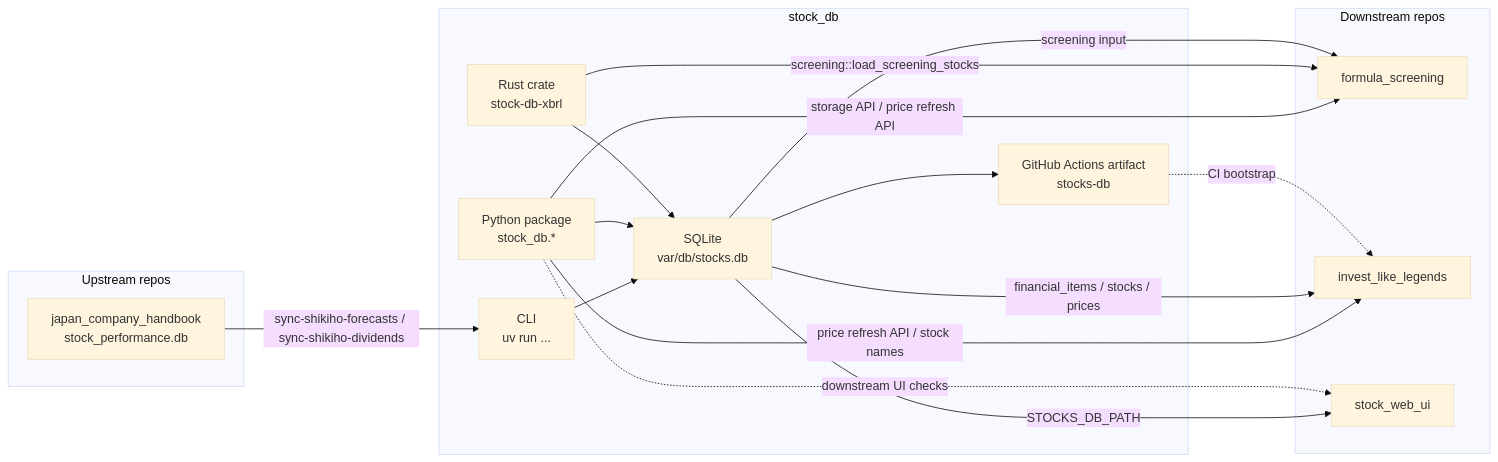
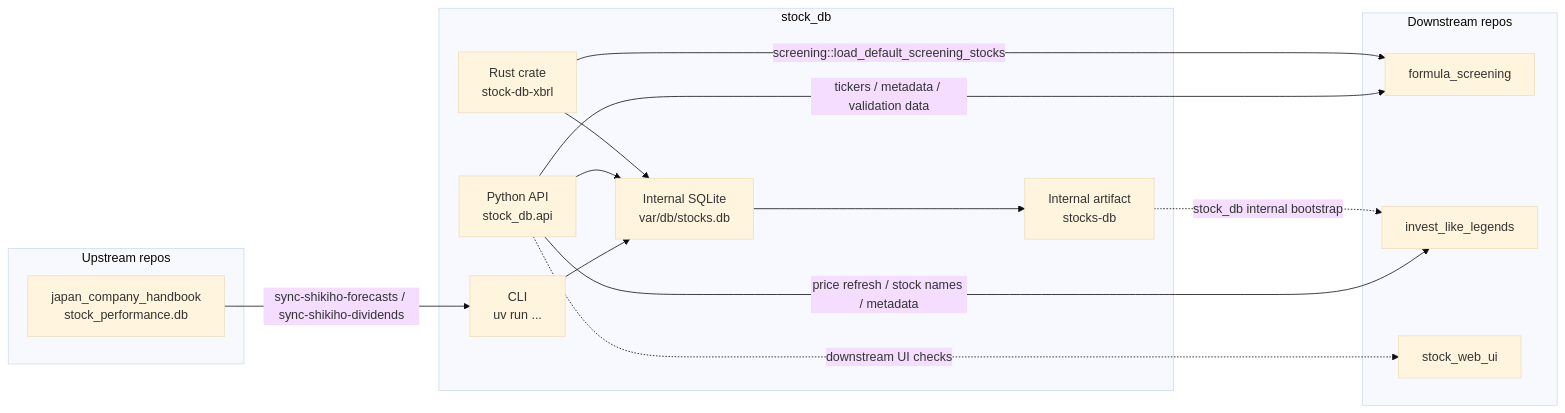
The first of 4 diagrams in ARCHITECTURE.md (expgolemclone/stock_db), drawn with Mermaid (base theme) before and after one commit. The commit also changed other lines of this file and 5 other files, not shown here.

````diff
--- a/ARCHITECTURE.md
+++ b/ARCHITECTURE.md
@@ -33,37 +33,34 @@
 ```mermaid
 flowchart LR
     subgraph upstream["Upstream repos"]
         handbook["japan_company_handbook\nstock_performance.db"]
     end
 
     subgraph stockdb["stock_db"]
-        pyapi["Python package\nstock_db.*"]
+        pyapi["Python API\nstock_db.api"]
         rustcore["Rust crate\nstock-db-xbrl"]
-        sqlite["SQLite\nvar/db/stocks.db"]
+        sqlite["Internal SQLite\nvar/db/stocks.db"]
         cli["CLI\nuv run ..."]
-        artifact["GitHub Actions artifact\nstocks-db"]
+        artifact["Internal artifact\nstocks-db"]
     end
 
     subgraph downstream["Downstream repos"]
         formula["formula_screening"]
         legends["invest_like_legends"]
         webui["stock_web_ui"]
     end
 
     handbook -->|sync-shikiho-forecasts / sync-shikiho-dividends| cli
     cli --> sqlite
     pyapi --> sqlite
     rustcore --> sqlite
     sqlite --> artifact
 
-    pyapi -->|storage API / price refresh API| formula
-    rustcore -->|screening::load_screening_stocks| formula
-    sqlite -->|screening input| formula
+    pyapi -->|tickers / metadata / validation data| formula
+    rustcore -->|screening::load_default_screening_stocks| formula
 
-    pyapi -->|price refresh API / stock names| legends
-    sqlite -->|financial_items / stocks / prices| legends
-    artifact -.->|CI bootstrap| legends
+    pyapi -->|price refresh / stock names / metadata| legends
+    artifact -.->|stock_db internal bootstrap| legends
 
-    sqlite -->|STOCKS_DB_PATH| webui
     pyapi -.->|downstream UI checks| webui
 ```
````
